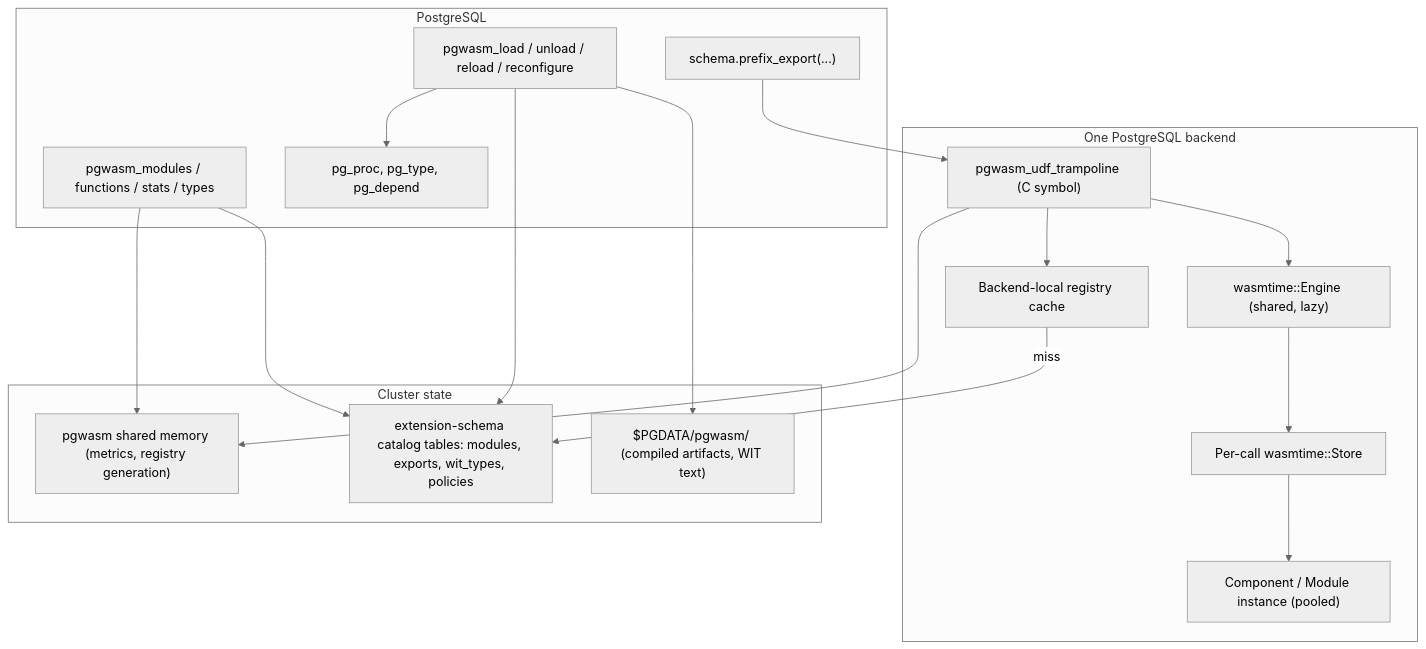
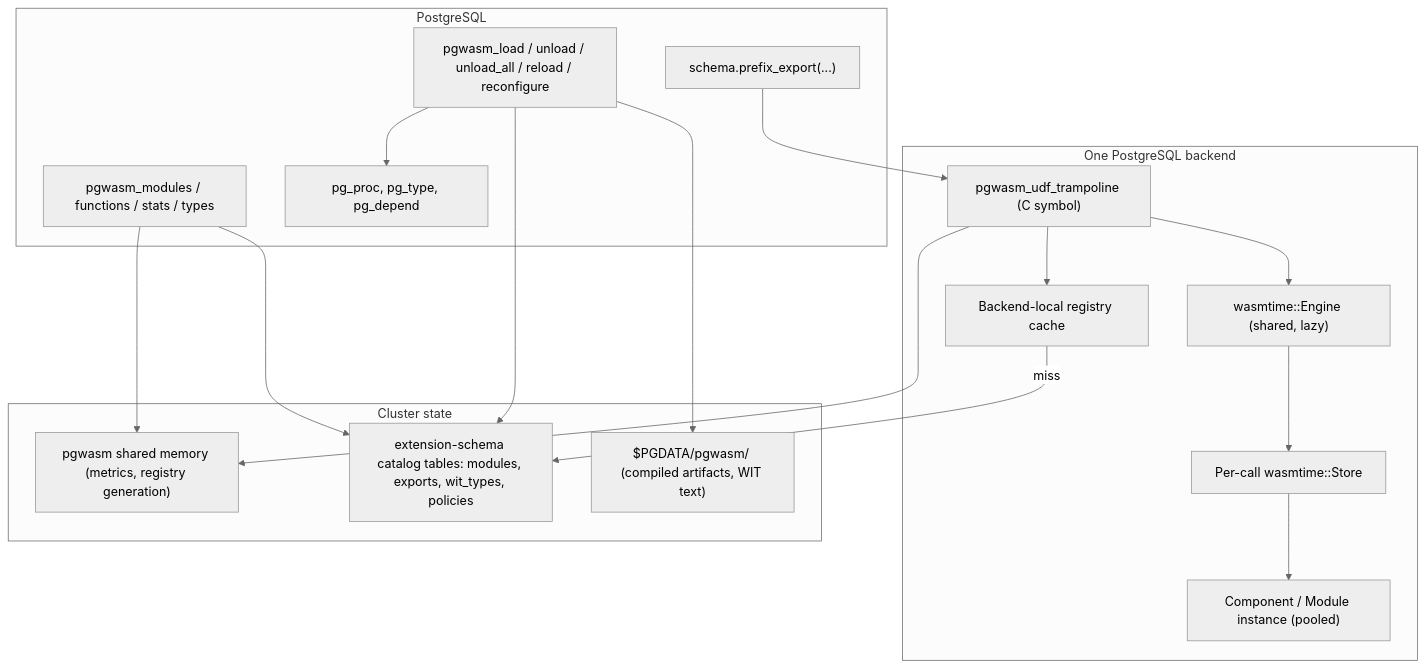
The first of 3 diagrams in docs/architecture.md (jnicholls/pgwasm), drawn with Mermaid (neutral theme) before and after one commit. The commit also changed other lines of this file and 2 other files, not shown here.

First line of the commit message:
docs: sync architecture, GUC, and WIT mapping with current pgwasm sources

````diff
--- a/docs/architecture.md
+++ b/docs/architecture.md
@@ -53,36 +53,36 @@
 ```mermaid
 flowchart TB
   subgraph SQL["PostgreSQL"]
-    API["pgwasm_load / unload / reload / reconfigure"]
+    API["pgwasm_load / unload / unload_all / reload / reconfigure"]
     UDF["schema.prefix_export(...)"]
     Views["pgwasm_modules / functions / stats / types"]
     Catalog["pg_proc, pg_type, pg_depend"]
   end
 
   subgraph BackendProcess["One PostgreSQL backend"]
     Tramp["pgwasm_udf_trampoline (C symbol)"]
     LocalReg["Backend-local registry cache"]
     Engine["wasmtime::Engine (shared, lazy)"]
     Store["Per-call wasmtime::Store"]
     Instance["Component / Module instance (pooled)"]
   end
 
   subgraph ClusterState["Cluster state"]
     Shmem["pgwasm shared memory (metrics, registry generation)"]
     CatalogTables["extension-schema catalog tables: modules, exports, wit_types, policies"]
     Fs["$PGDATA/pgwasm/ (compiled artifacts, WIT text)"]
   end
 
   API --> CatalogTables
   API --> Fs
   API --> Catalog
   UDF --> Tramp
   Tramp --> LocalReg
   LocalReg -->|miss| CatalogTables
   Tramp --> Engine
   Engine --> Store
   Store --> Instance
   Tramp --> Shmem
   Views --> CatalogTables
   Views --> Shmem
 ```
````
